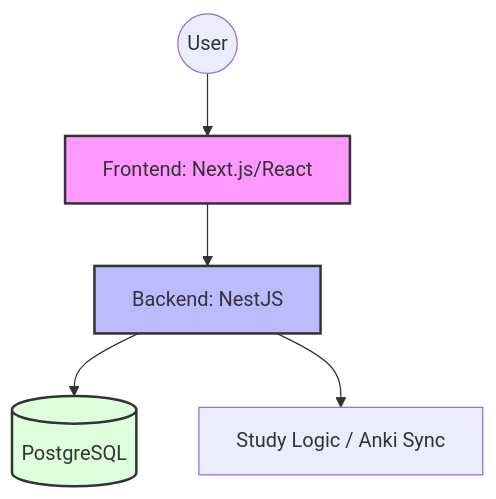
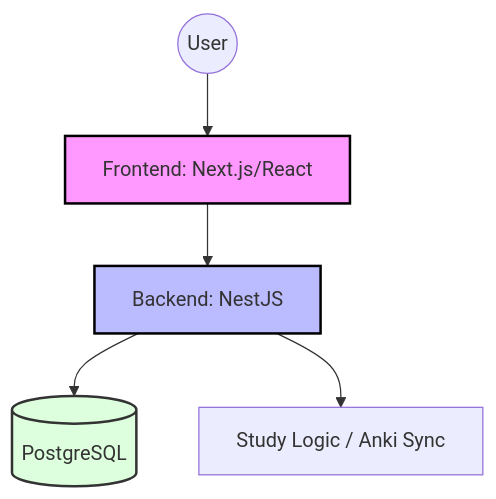
One commit to profalexandretolentino/LangForge changed the first of 2 diagrams in README.md. Above: the diagram before and after it, drawn with Mermaid.

````diff
--- a/README.md
+++ b/README.md
@@ -20,11 +20,11 @@
 ```mermaid
 graph TD
     User((User)) --> Web[Frontend: Next.js/React]
     Web --> API[Backend: NestJS]
     API --> DB[(PostgreSQL)]
     API --> Services[Study Logic / Anki Sync]
     
-    style Web fill:#f9f,stroke:#333,stroke-width:2px
-    style API fill:#bbf,stroke:#333,stroke-width:2px
+    style Web fill:#f9f,stroke:#000,stroke-width:2px
+    style API fill:#bbf,stroke:#000,stroke-width:2px
     style DB fill:#dfd,stroke:#333,stroke-width:2px
 ```
````
